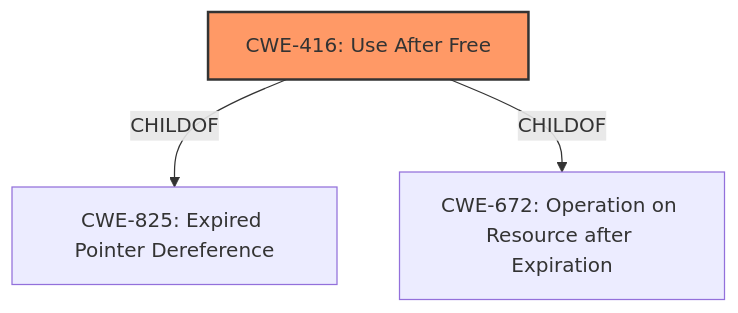
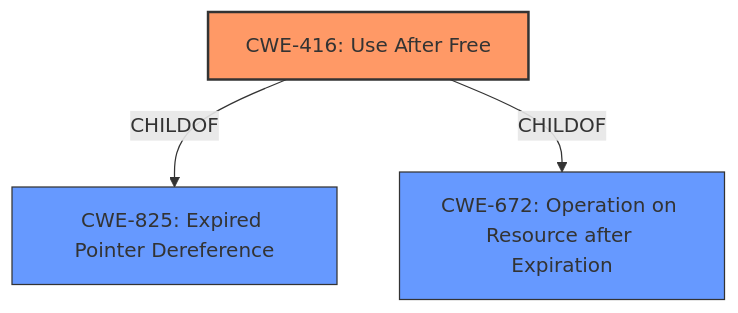
Before and after one commit to CyberSecAI/cwe_agent_assign_reports_2023: the diagram in CVE-2021-30661/CVE-2021-30661_analysis.md, drawn with Mermaid. The commit also changed other lines of this file and 902 other files, not shown here.

````diff
--- a/CVE-2021-30661/CVE-2021-30661_analysis.md
+++ b/CVE-2021-30661/CVE-2021-30661_analysis.md
@@ -17,12 +16,14 @@
 ```mermaid
 graph TD
     cwe416["CWE-416: Use After Free"]
     cwe825["CWE-825: Expired Pointer Dereference"]
     cwe672["CWE-672: Operation on Resource after Expiration"]
-
+    
     cwe416 -->|CHILDOF| cwe825
     cwe416 -->|CHILDOF| cwe672
-
+    
     classDef primary fill:#f96,stroke:#333,stroke-width:2px
+    classDef secondary fill:#69f,stroke:#333
     class cwe416 primary
+    class cwe825,cwe672 secondary
 ```
````
